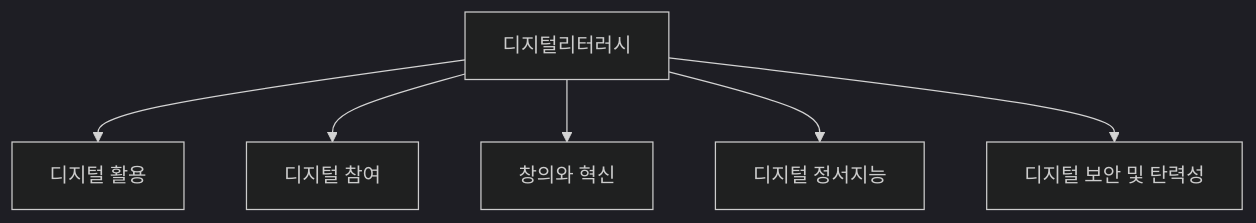
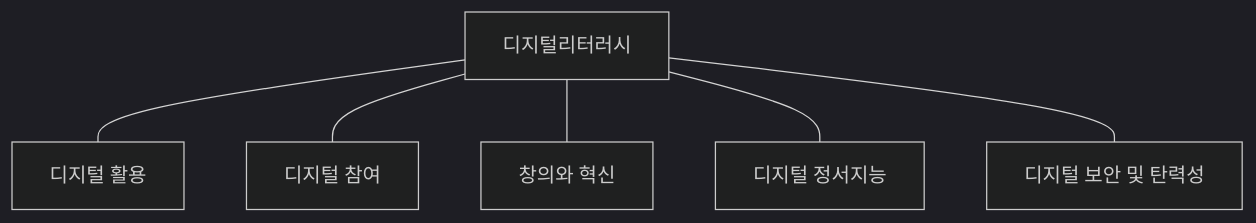
Before and after one commit to gracefullight/gracefullight.github.io: the diagram in blog/pe/conv/digital-literacy.md, drawn with Mermaid (dark theme). The commit also changed other lines of this file and 12 other files, not shown here.

````diff
--- a/blog/pe/conv/digital-literacy.md
+++ b/blog/pe/conv/digital-literacy.md
@@ -20,9 +21,9 @@
 ```mermaid
 graph TB
   D[디지털리터러시]
-  D --> 디지털활용[디지털 활용]
-  D --> 디지털참여[디지털 참여]
-  D --> 창의와혁신[창의와 혁신]
-  D --> 디지털정서지능[디지털 정서지능]
-  D --> 디지털보안및탄력성[디지털 보안 및 탄력성]
+  D --- 디지털활용[디지털 활용]
+  D --- 디지털참여[디지털 참여]
+  D --- 창의와혁신[창의와 혁신]
+  D --- 디지털정서지능[디지털 정서지능]
+  D --- 디지털보안및탄력성[디지털 보안 및 탄력성]
 ```
````
